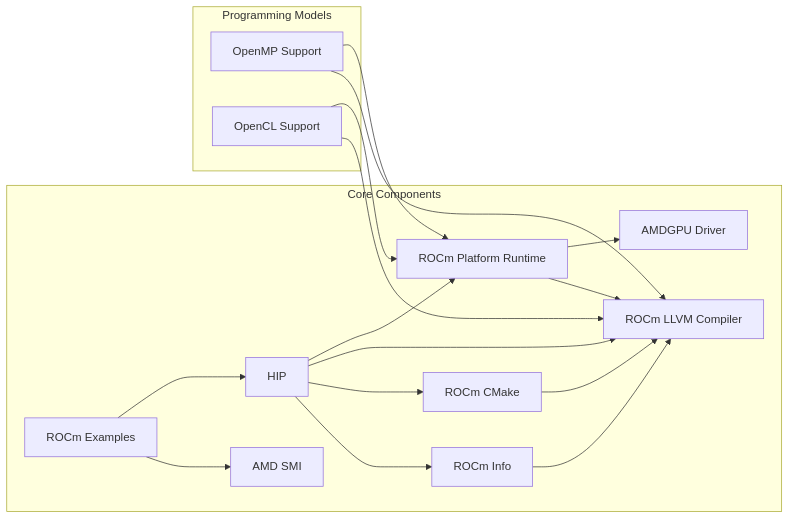
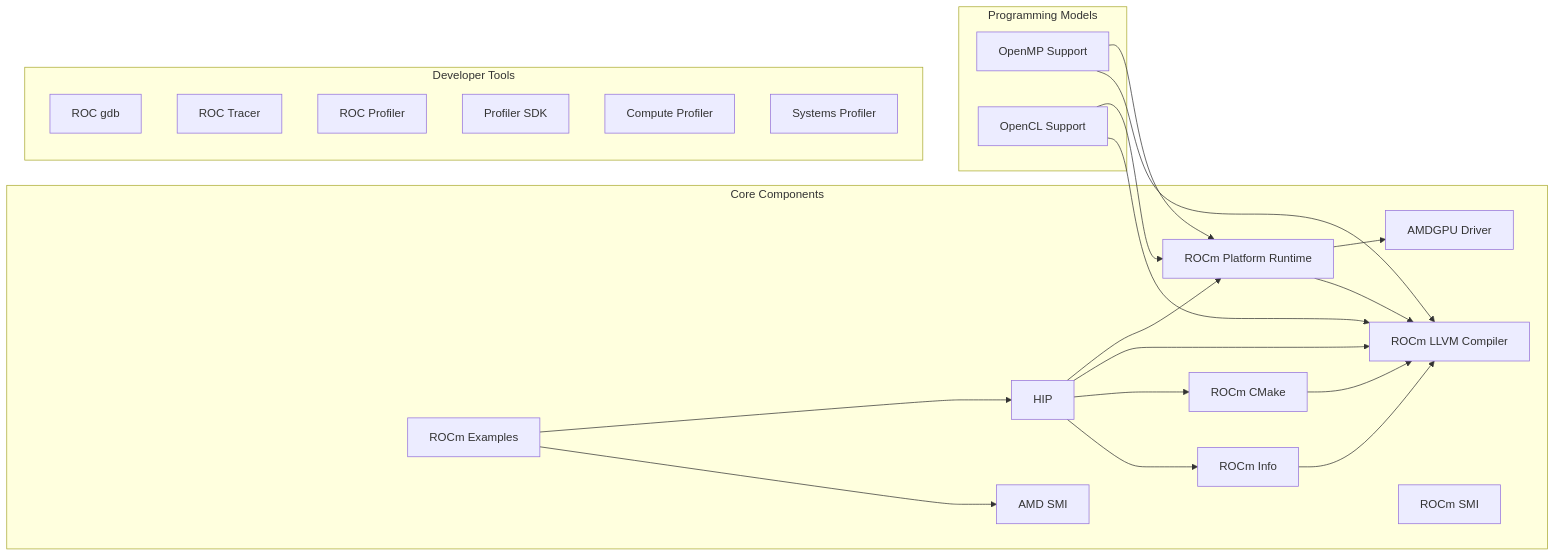
The fourth of 5 diagrams in docs/site_specific_config/rocm.md (EESSI/docs), drawn with Mermaid before and after one commit. The commit also changed other lines of this file, not shown here.

Commit message:
Improved dependency graphs and added PyTorch dependencies

````diff
--- a/docs/site_specific_config/rocm.md
+++ b/docs/site_specific_config/rocm.md
@@ -321,36 +330,47 @@
 ```mermaid
 graph LR;
     subgraph Core Components
-        A[AMDGPU Driver]
-        B[ROCm Platform Runtime]
-        C[ROCm LLVM Compiler]
-        D[HIP]
-        E[AMD SMI]
-        F[ROCm CMake]
-        G[ROCm Info]
-        H[ROCm Examples]
+        driver[AMDGPU Driver]
+        runtime[ROCm Platform Runtime]
+        llvm[ROCm LLVM Compiler]
+        hip[HIP]
+        amdsmi[AMD SMI]
+        rocmsmi[ROCm SMI]
+        rocmcmake[ROCm CMake]
+        rocminfo[ROCm Info]
+        rocmexamples[ROCm Examples]
     end
     subgraph Programming Models
-        I[OpenMP Support]
-        J[OpenCL Support]
+        openmp[OpenMP Support]
+        opencl[OpenCL Support]
+    end
+    subgraph Developer Tools
+        rocgdb[ROC gdb]
+        roctracer[ROC Tracer]
+        rocprofiler[ROC Profiler]
+        profilersdk[Profiler SDK]
+        computeprofiler[Compute Profiler]
+        systemsprofiler[Systems Profiler]
     end
 
-    B --> A
-    B --> C
+    runtime --> driver
+    runtime --> llvm
 
-    D --> B
-    D --> C
-    D --> F
-    D --> G
+    hip --> runtime
+    hip --> llvm
+    hip --> rocmcmake
+    hip --> rocminfo
 
-    F --> C
-    G --> C
+    rocmcmake --> llvm
+    rocminfo --> llvm
 
-    H --> D
-    H --> E
+    rocmexamples --> hip
+    rocmexamples --> amdsmi
 
-    I --> B
-    I --> C
-    J --> B
-    J --> C
+    openmp --> runtime
+    openmp --> llvm
+    opencl --> runtime
+    opencl --> llvm
+
+    %% TODO: debug tools
 ```
````
